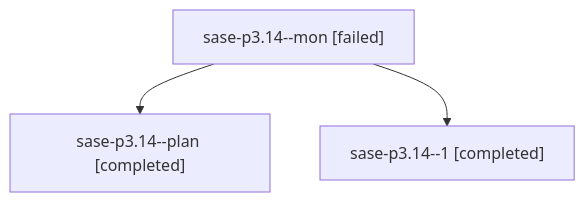
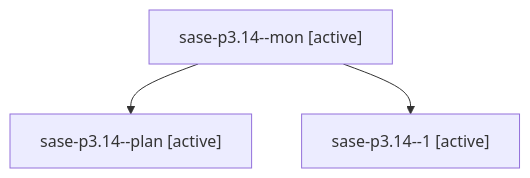
One commit to sase-org/sase--agents changed the diagram in families/bbugyi200.athena.sase-p3.14.md. Above: the diagram before and after it, drawn with Mermaid. The commit also changed other lines of this file and 35830 other files, not shown here.

````diff
--- a/families/bbugyi200.athena.sase-p3.14.md
+++ b/families/bbugyi200.athena.sase-p3.14.md
@@ -9,8 +9,8 @@
 ```mermaid
 flowchart TD
-  n0["sase-p3.14--mon [failed]"]
-  n1["sase-p3.14--plan [completed]"]
+  n0["sase-p3.14--mon [active]"]
+  n1["sase-p3.14--plan [active]"]
   n0 --> n1
-  n2["sase-p3.14--1 [completed]"]
+  n2["sase-p3.14--1 [active]"]
   n0 --> n2
 ```
````
